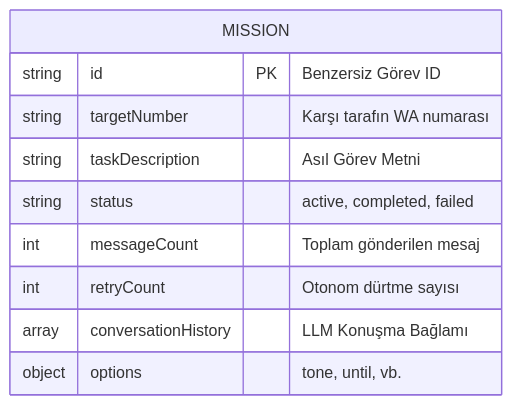
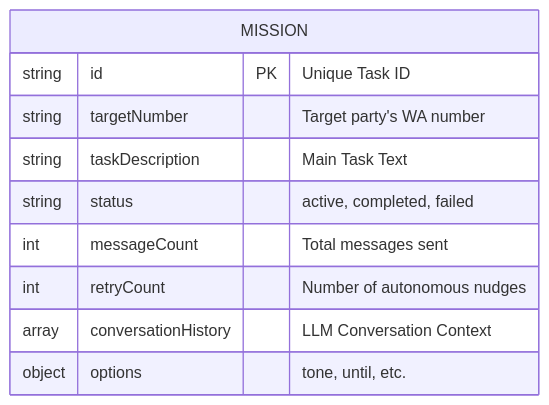
One commit to SERDAR-AKIN/whatsapp changed the third of 3 diagrams in ARCHITECTURE.md. Above: the diagram before and after it, drawn with Mermaid. The commit also changed other lines of this file and 13 other files, not shown here.

````diff
--- a/ARCHITECTURE.md
+++ b/ARCHITECTURE.md
@@ -105,13 +105,13 @@
 ```mermaid
 erDiagram
     MISSION {
-        string id PK "Benzersiz Görev ID"
-        string targetNumber "Karşı tarafın WA numarası"
-        string taskDescription "Asıl Görev Metni"
+        string id PK "Unique Task ID"
+        string targetNumber "Target party's WA number"
+        string taskDescription "Main Task Text"
         string status "active, completed, failed"
-        int messageCount "Toplam gönderilen mesaj"
-        int retryCount "Otonom dürtme sayısı"
-        array conversationHistory "LLM Konuşma Bağlamı"
-        object options "tone, until, vb."
+        int messageCount "Total messages sent"
+        int retryCount "Number of autonomous nudges"
+        array conversationHistory "LLM Conversation Context"
+        object options "tone, until, etc."
     }
 ```
````
